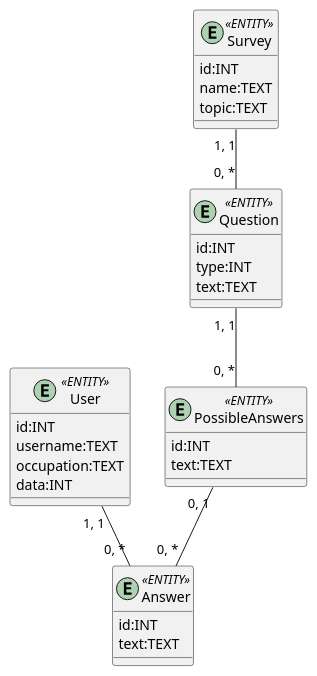
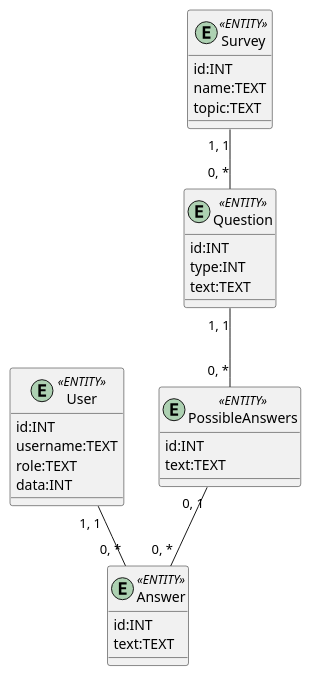
The diagram in src/uml/ER_model.puml (NothingIsMatter/database_basics_template), drawn with PlantUML before and after one commit. The commit also changed 1 other file, not shown here.

```diff
--- a/src/uml/ER_model.puml
+++ b/src/uml/ER_model.puml
@@ -1,36 +1,36 @@
 @startuml
 entity User <<ENTITY>> {
     id:INT
     username:TEXT
-    occupation:TEXT
+    role:TEXT
     data:INT
   }
 
 
   entity Survey <<ENTITY>>{
     id:INT
     name:TEXT
     topic:TEXT
   }
 
   entity Question <<ENTITY>>{
     id:INT
     type:INT
     text:TEXT
   }
 
   entity Answer <<ENTITY>> {
     id:INT
     text:TEXT
   }
 
   entity PossibleAnswers <<ENTITY>> {
     id:INT
     text:TEXT
   }
 
   Question "0, *" -u- "1, 1" Survey
   Answer "0, *" -u- "0, 1" PossibleAnswers
   Answer "0, *" -u- "1, 1" User
   PossibleAnswers "0, *" -u- "1, 1" Question
 @enduml
```
